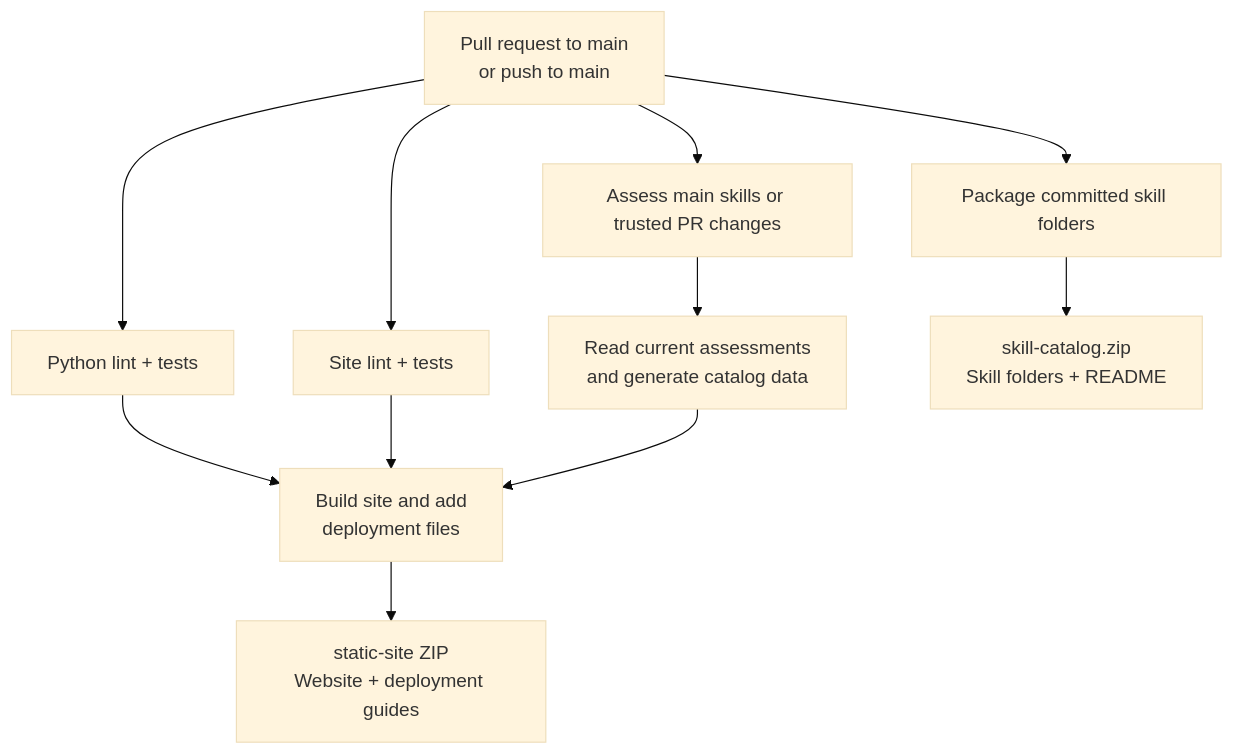
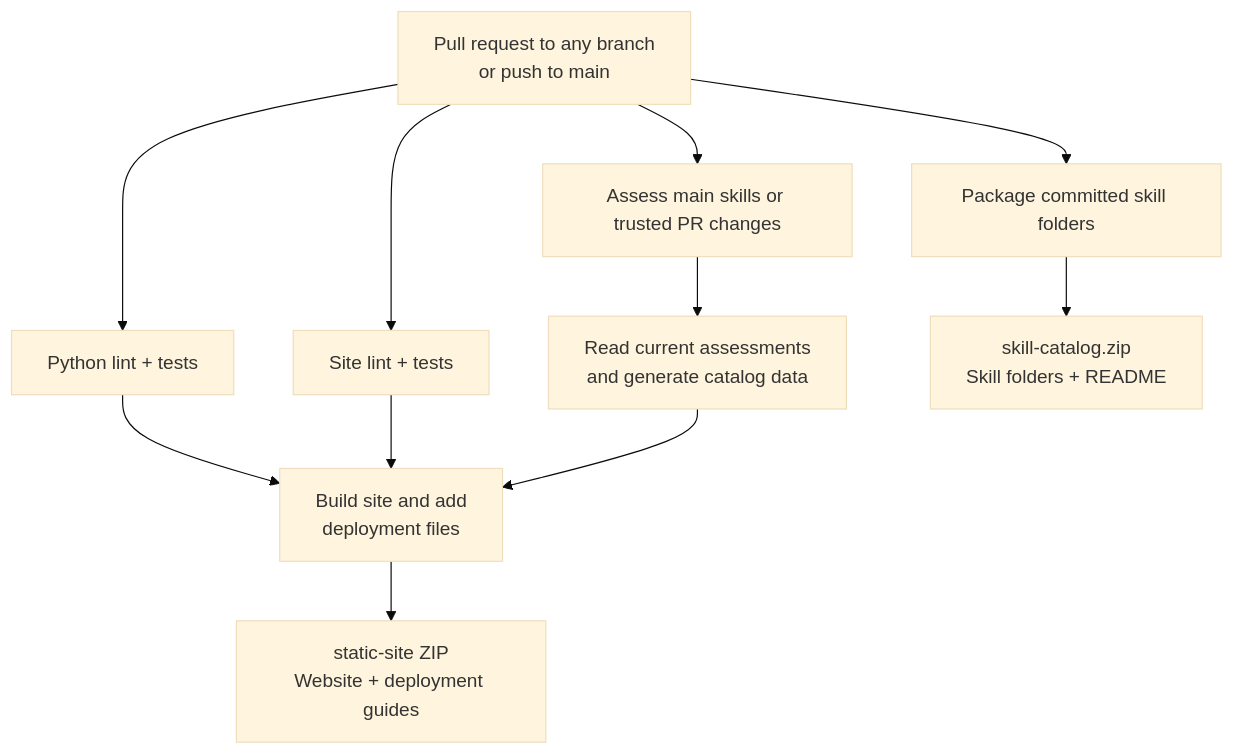
One commit to Code-dot-mil/SkLC changed the first of 2 diagrams in CI.md. Above: the diagram before and after it, drawn with Mermaid (base theme). The commit also changed other lines of this file and 1 other file, not shown here.

First line of the commit message:
fix(ci): build customer artifacts for every pull request

````diff
--- a/CI.md
+++ b/CI.md
@@ -15,14 +17,14 @@
 ```mermaid
 flowchart TD
-    A["Pull request to main<br/>or push to main"]
+    A["Pull request to any branch<br/>or push to main"]
     A --> P["Python lint + tests"]
     A --> S["Site lint + tests"]
     A --> Q["Assess main skills or trusted PR changes"]
     Q --> E["Read current assessments<br/>and generate catalog data"]
     A --> C["Package committed skill folders"]
     P --> B["Build site and add<br/>deployment files"]
     S --> B
     E --> B
     B --> W["static-site ZIP<br/>Website + deployment guides"]
     C --> Z["skill-catalog.zip<br/>Skill folders + README"]
 ```
````
